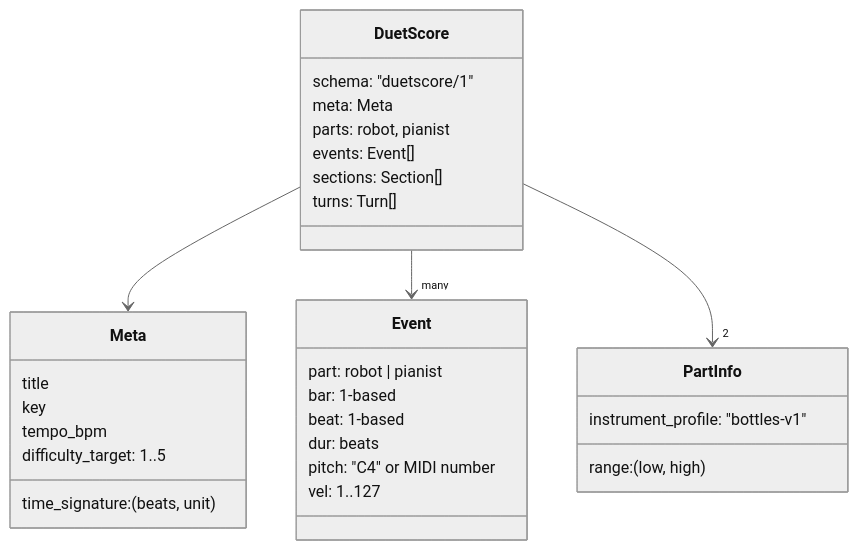
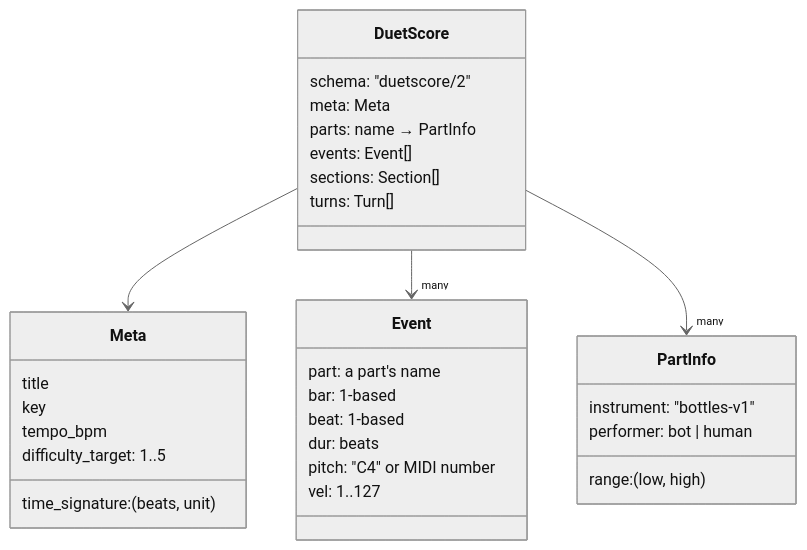
The fourth of 10 diagrams in docs/architecture.md (gilrvrv-design/Duet), drawn with Mermaid (neutral theme) before and after one commit. The commit also changed other lines of this file and 9 other files, not shown here.

First line of the commit message:
Score v2: named parts, each with an instrument and a performer

````diff
--- a/docs/architecture.md
+++ b/docs/architecture.md
@@ -206,33 +206,34 @@
 ```mermaid
 classDiagram
     class DuetScore {
-        schema: "duetscore/1"
+        schema: "duetscore/2"
         meta: Meta
-        parts: robot, pianist
+        parts: name → PartInfo
         events: Event[]
         sections: Section[]
         turns: Turn[]
     }
     class Meta {
         title
         key
         time_signature: (beats, unit)
         tempo_bpm
         difficulty_target: 1..5
     }
     class Event {
-        part: robot | pianist
+        part: a part's name
         bar: 1-based
         beat: 1-based
         dur: beats
         pitch: "C4" or MIDI number
         vel: 1..127
     }
     class PartInfo {
-        instrument_profile: "bottles-v1"
+        instrument: "bottles-v1"
+        performer: bot | human
         range: (low, high)
     }
     DuetScore --> Meta
     DuetScore --> "many" Event
-    DuetScore --> "2" PartInfo
+    DuetScore --> "many" PartInfo
 ```
````
